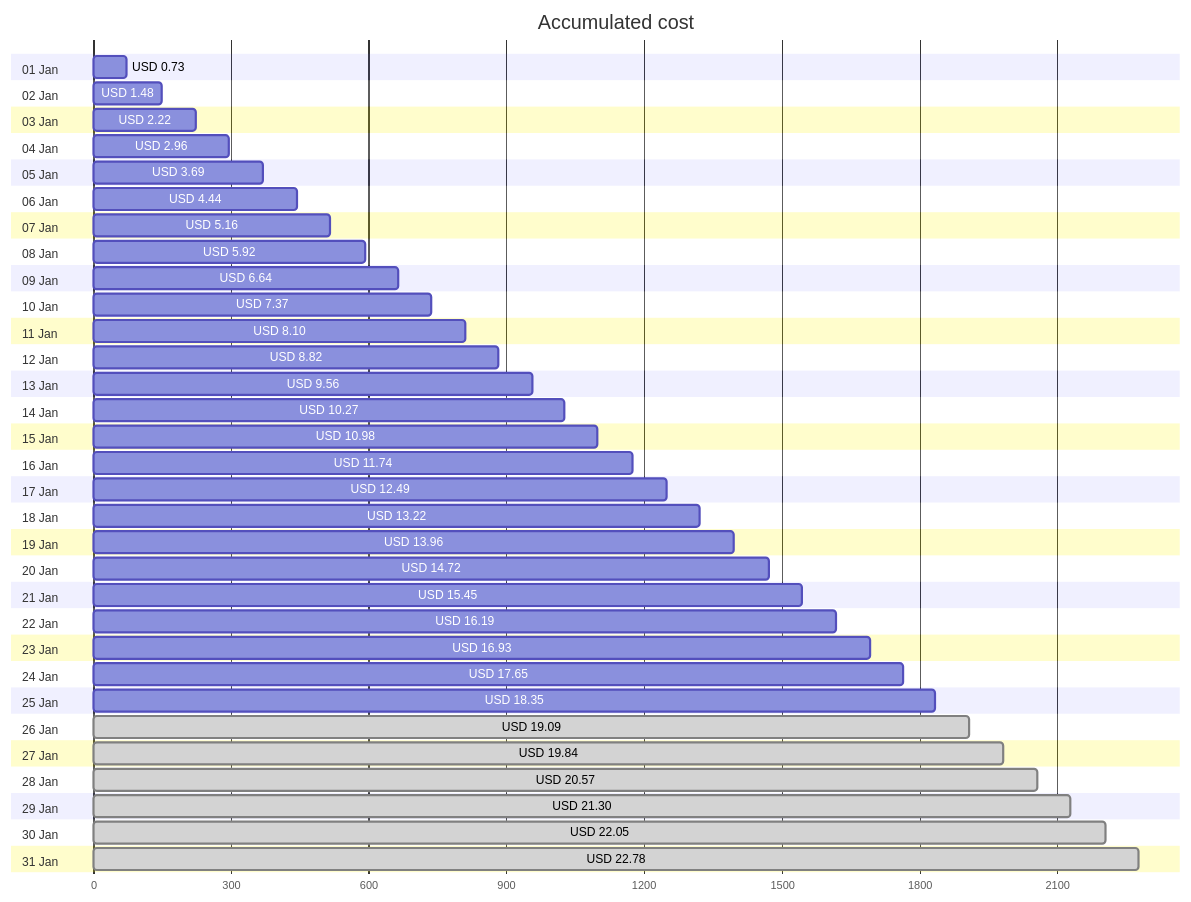
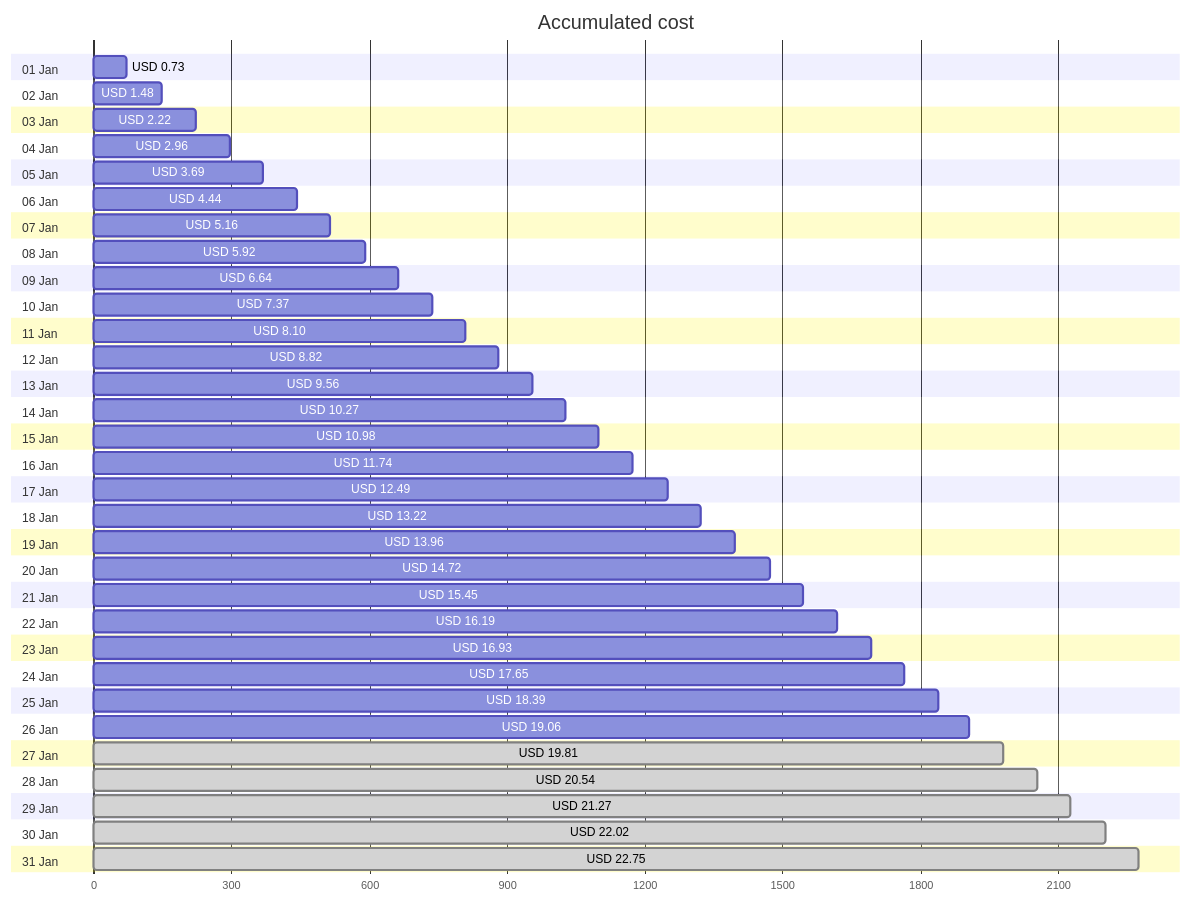
Before and after one commit to jpfulton/azure-personal-reports: the first of 4 diagrams in cost-reports/personal-network/backup-server-data-disk.md, drawn with Mermaid. The commit also changed other lines of this file and 8 other files, not shown here.

````diff
--- a/cost-reports/personal-network/backup-server-data-disk.md
+++ b/cost-reports/personal-network/backup-server-data-disk.md
@@ -20,68 +20,68 @@
 ```mermaid
 gantt
    title Accumulated cost
    dateFormat  X
    axisFormat %s
    section 01 Jan
    USD 0.73 :0, 73
    section 02 Jan
    USD 1.48 :0, 148
    section 03 Jan
    USD 2.22 :0, 222
    section 04 Jan
    USD 2.96 :0, 296
    section 05 Jan
    USD 3.69 :0, 369
    section 06 Jan
    USD 4.44 :0, 444
    section 07 Jan
    USD 5.16 :0, 516
    section 08 Jan
    USD 5.92 :0, 592
    section 09 Jan
    USD 6.64 :0, 664
    section 10 Jan
    USD 7.37 :0, 737
    section 11 Jan
    USD 8.10 :0, 810
    section 12 Jan
    USD 8.82 :0, 882
    section 13 Jan
    USD 9.56 :0, 956
    section 14 Jan
    USD 10.27 :0, 1027
    section 15 Jan
    USD 10.98 :0, 1098
    section 16 Jan
    USD 11.74 :0, 1174
    section 17 Jan
    USD 12.49 :0, 1249
    section 18 Jan
    USD 13.22 :0, 1322
    section 19 Jan
    USD 13.96 :0, 1396
    section 20 Jan
    USD 14.72 :0, 1472
    section 21 Jan
    USD 15.45 :0, 1545
    section 22 Jan
    USD 16.19 :0, 1619
    section 23 Jan
    USD 16.93 :0, 1693
    section 24 Jan
    USD 17.65 :0, 1765
    section 25 Jan
-   USD 18.35 :0, 1835
+   USD 18.39 :0, 1839
    section 26 Jan
-   USD 19.09 : done, 0, 1909
+   USD 19.06 :0, 1906
    section 27 Jan
-   USD 19.84 : done, 0, 1984
+   USD 19.81 : done, 0, 1981
    section 28 Jan
-   USD 20.57 : done, 0, 2057
+   USD 20.54 : done, 0, 2054
    section 29 Jan
-   USD 21.30 : done, 0, 2130
+   USD 21.27 : done, 0, 2127
    section 30 Jan
-   USD 22.05 : done, 0, 2205
+   USD 22.02 : done, 0, 2202
    section 31 Jan
-   USD 22.78 : done, 0, 2278
+   USD 22.75 : done, 0, 2275
 ```
````
